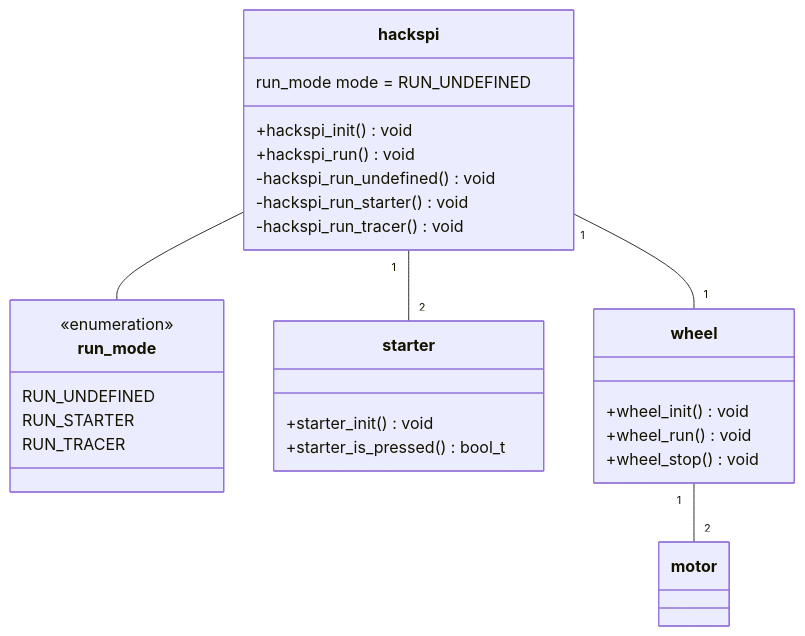
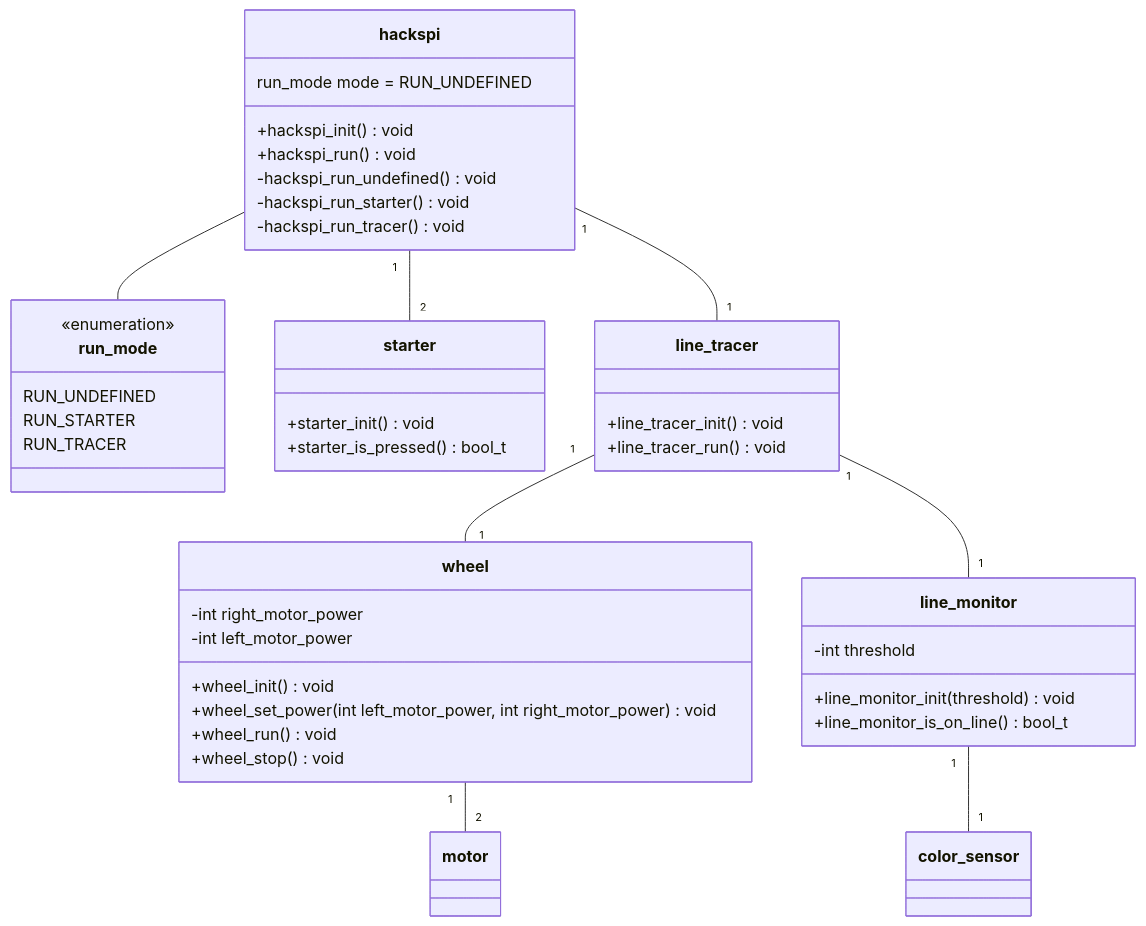
One commit to jp-ymatsumoto/raspike-app changed the third of 3 diagrams in README.md. Above: the diagram before and after it, drawn with Mermaid. The commit also changed other lines of this file, not shown here.

Commit message:
ユースケース図の追加とクラス図・シーケンス図の修正

````diff
--- a/README.md
+++ b/README.md
@@ -60,33 +84,50 @@
 ```mermaid
 classDiagram
   class run_mode {
     <<enumeration>>
     RUN_UNDEFINED
     RUN_STARTER
     RUN_TRACER
   }
   class hackspi {
     run_mode mode = RUN_UNDEFINED
     +hackspi_init() void
     +hackspi_run() void
     -hackspi_run_undefined() void
     -hackspi_run_starter() void
     -hackspi_run_tracer() void
   }
 
   class starter {
     +starter_init() void
     +starter_is_pressed() bool_t
   }
 
   class wheel {
+    -int right_motor_power
+    -int left_motor_power
     +wheel_init() void
+    +wheel_set_power(int left_motor_power, int right_motor_power) void
     +wheel_run() void
     +wheel_stop() void
   }
 
+  class line_tracer {
+    +line_tracer_init() void
+    +line_tracer_run() void
+  }
+
+  class line_monitor {
+    -int threshold
+    +line_monitor_init(threshold) void
+    +line_monitor_is_on_line() bool_t
+  }
+
   hackspi -- run_mode
   hackspi "1"--"2" starter
-  hackspi "1"--"1" wheel
+  hackspi "1"--"1" line_tracer
+  line_tracer "1"--"1" wheel
+  line_tracer "1"--"1" line_monitor
+  line_monitor "1"--"1" color_sensor
   wheel "1"--"2" motor
 ```
````
